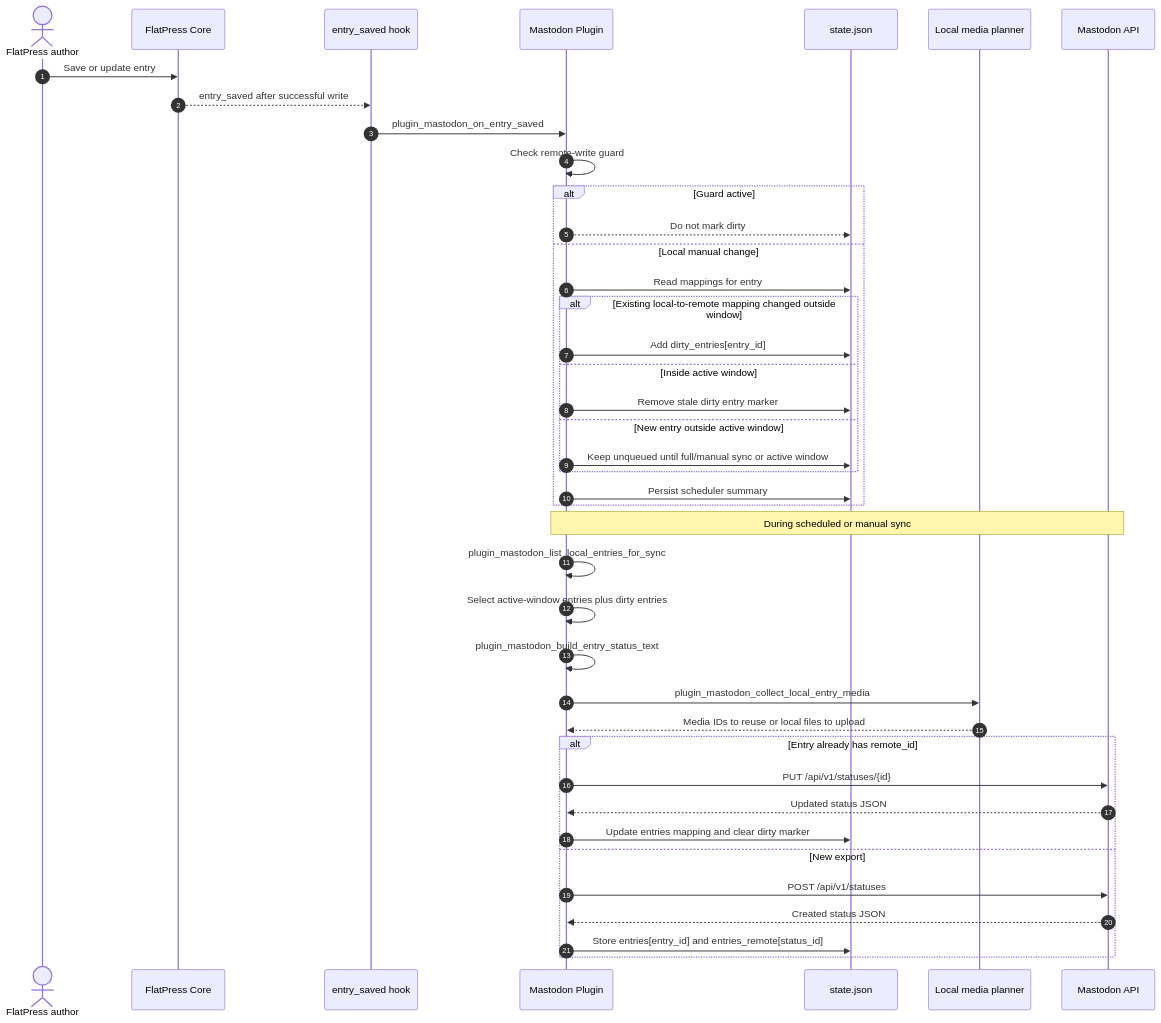
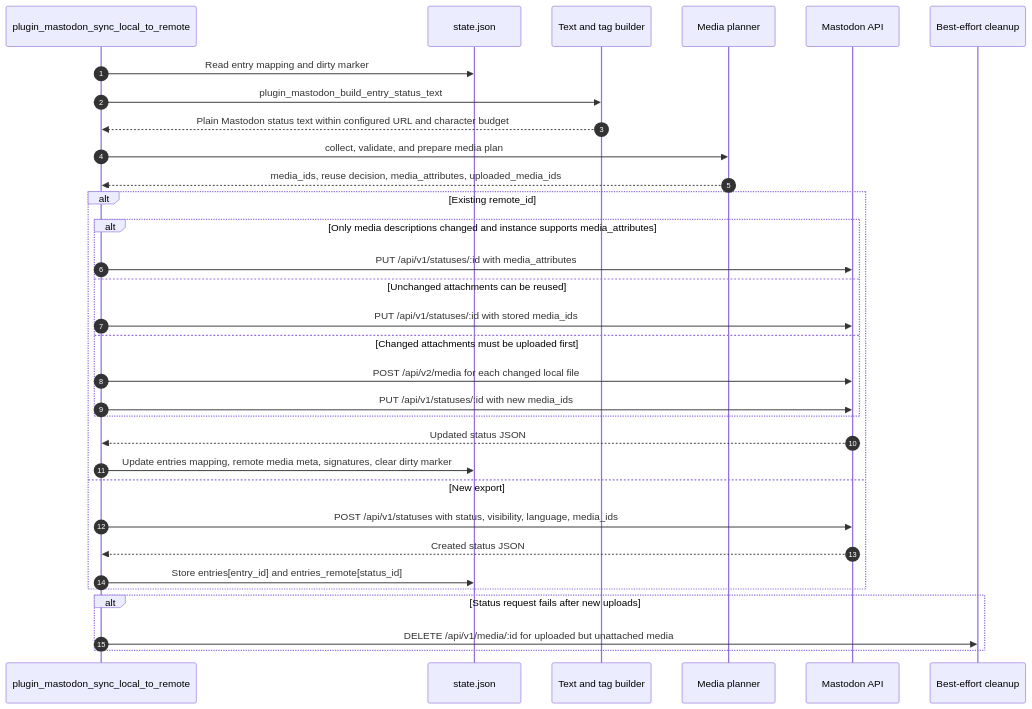
The fifth of 32 diagrams in fp-plugins/mastodon/Plugin-Process-Flow.md (flatpressblog/flatpress), drawn with Mermaid before and after one commit. The commit also changed other lines of this file and 4 other files, not shown here.

````diff
--- a/fp-plugins/mastodon/Plugin-Process-Flow.md
+++ b/fp-plugins/mastodon/Plugin-Process-Flow.md
@@ -40,45 +181,37 @@
 ```mermaid
 sequenceDiagram
     autonumber
-    actor Author as FlatPress author
-    participant Core as FlatPress Core
-    participant Hook as entry_saved hook
-    participant Plugin as Mastodon Plugin
+    participant Sync as plugin_mastodon_sync_local_to_remote
     participant State as state.json
-    participant Media as Local media planner
+    participant Text as Text and tag builder
+    participant Media as Media planner
     participant API as Mastodon API
+    participant Cleanup as Best-effort cleanup
 
-    Author->>Core: Save or update entry
-    Core-->>Hook: entry_saved after successful write
-    Hook->>Plugin: plugin_mastodon_on_entry_saved
-    Plugin->>Plugin: Check remote-write guard
-    alt Guard active
-        Plugin-->>State: Do not mark dirty
-    else Local manual change
-        Plugin->>State: Read mappings for entry
-        alt Existing local-to-remote mapping changed outside window
-            Plugin->>State: Add dirty_entries[entry_id]
-        else Inside active window
-            Plugin->>State: Remove stale dirty entry marker
-        else New entry outside active window
-            Plugin->>State: Keep unqueued until full/manual sync or active window
+    Sync->>State: Read entry mapping and dirty marker
+    Sync->>Text: plugin_mastodon_build_entry_status_text
+    Text-->>Sync: Plain Mastodon status text within configured URL and character budget
+    Sync->>Media: collect, validate, and prepare media plan
+    Media-->>Sync: media_ids, reuse decision, media_attributes, uploaded_media_ids
+
+    alt Existing remote_id
+        alt Only media descriptions changed and instance supports media_attributes
+            Sync->>API: PUT /api/v1/statuses/:id with media_attributes
+        else Unchanged attachments can be reused
+            Sync->>API: PUT /api/v1/statuses/:id with stored media_ids
+        else Changed attachments must be uploaded first
+            Sync->>API: POST /api/v2/media for each changed local file
+            Sync->>API: PUT /api/v1/statuses/:id with new media_ids
         end
-        Plugin->>State: Persist scheduler summary
+        API-->>Sync: Updated status JSON
+        Sync->>State: Update entries mapping, remote media meta, signatures, clear dirty marker
+    else New export
+        Sync->>API: POST /api/v1/statuses with status, visibility, language, media_ids
+        API-->>Sync: Created status JSON
+        Sync->>State: Store entries[entry_id] and entries_remote[status_id]
     end
 
-    Note over Plugin,API: During scheduled or manual sync
-    Plugin->>Plugin: plugin_mastodon_list_local_entries_for_sync
-    Plugin->>Plugin: Select active-window entries plus dirty entries
-    Plugin->>Plugin: plugin_mastodon_build_entry_status_text
-    Plugin->>Media: plugin_mastodon_collect_local_entry_media
-    Media-->>Plugin: Media IDs to reuse or local files to upload
-    alt Entry already has remote_id
-        Plugin->>API: PUT /api/v1/statuses/{id}
-        API-->>Plugin: Updated status JSON
-        Plugin->>State: Update entries mapping and clear dirty marker
-    else New export
-        Plugin->>API: POST /api/v1/statuses
-        API-->>Plugin: Created status JSON
-        Plugin->>State: Store entries[entry_id] and entries_remote[status_id]
+    alt Status request fails after new uploads
+        Sync->>Cleanup: DELETE /api/v1/media/:id for uploaded but unattached media
     end
 ```
````
